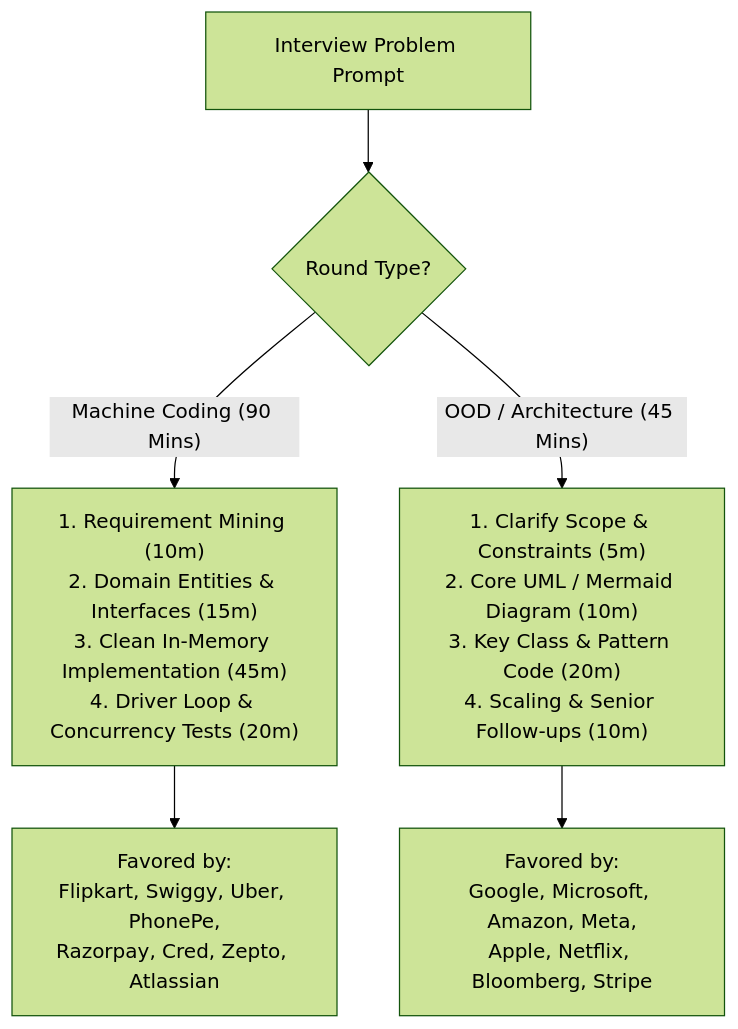
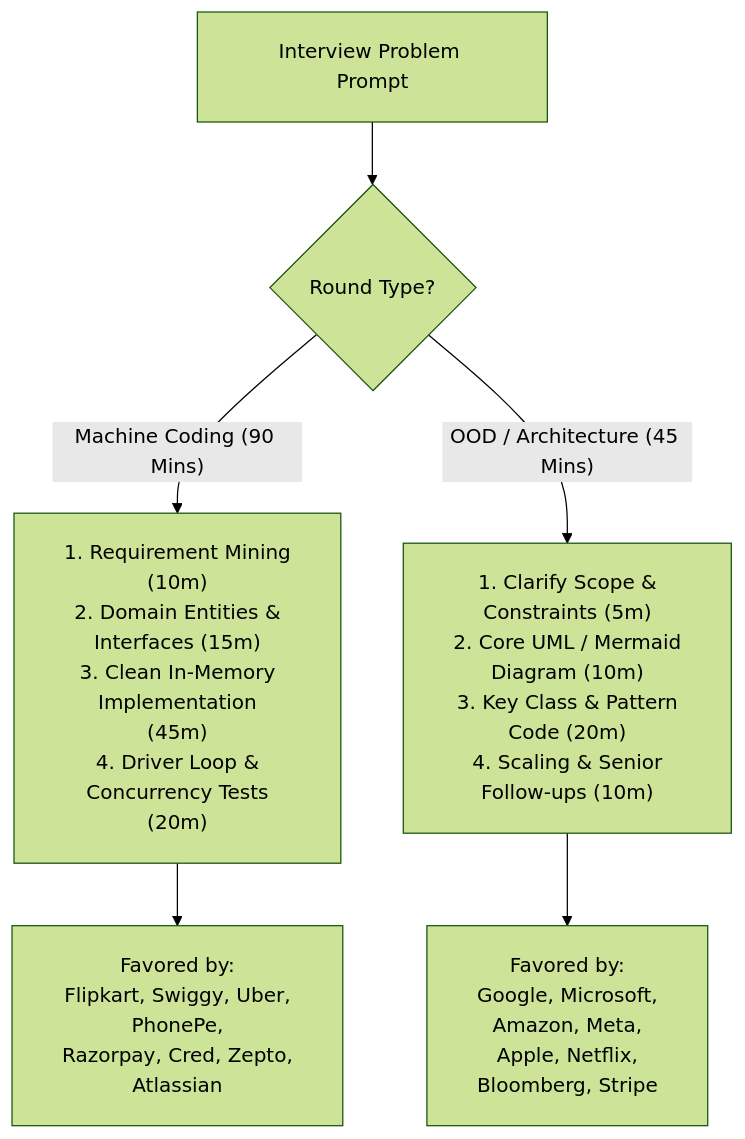
The diagram in LLD/00_Study_Plans/Top_30_Product_Companies_LLD_Interview_Guide.md (dip4k/DSA_102), drawn with Mermaid (forest theme) before and after one commit. The commit also changed 108 other files, not shown here.

First line of the commit message:
fix(mermaid): resolve diagram clipping, padding, and syntax issues across repo

````diff
--- a/LLD/00_Study_Plans/Top_30_Product_Companies_LLD_Interview_Guide.md
+++ b/LLD/00_Study_Plans/Top_30_Product_Companies_LLD_Interview_Guide.md
@@ -13,10 +13,11 @@
 ```mermaid
+%%{init: {"flowchart": {"htmlLabels": true, "padding": 20}}}%%
 flowchart TD
     Prompt["Interview Problem Prompt"] --> Format{"Round Type?"}
     
-    Format -->|"Machine Coding (90 Mins)"| MC["1. Requirement Mining (10m)<br/>2. Domain Entities & Interfaces (15m)<br/>3. Clean In-Memory Implementation (45m)<br/>4. Driver Loop & Concurrency Tests (20m)"]
-    Format -->|"OOD / Architecture (45 Mins)"| OOD["1. Clarify Scope & Constraints (5m)<br/>2. Core UML / Mermaid Diagram (10m)<br/>3. Key Class & Pattern Code (20m)<br/>4. Scaling & Senior Follow-ups (10m)"]
+    Format -->|"Machine Coding (90 Mins)"| MC["1. Requirement Mining<br/>(10m)<br/>2. Domain Entities &<br/>Interfaces (15m)<br/>3. Clean In-Memory<br/>Implementation<br/>(45m)<br/>4. Driver Loop &<br/>Concurrency Tests<br/>(20m)"]
+    Format -->|"OOD / Architecture (45 Mins)"| OOD["1. Clarify Scope &<br/>Constraints (5m)<br/>2. Core UML / Mermaid<br/>Diagram (10m)<br/>3. Key Class & Pattern<br/>Code (20m)<br/>4. Scaling & Senior<br/>Follow-ups (10m)"]
     
-    MC --> CompaniesMC["Favored by:<br/>Flipkart, Swiggy, Uber, PhonePe,<br/>Razorpay, Cred, Zepto, Atlassian"]
-    OOD --> CompaniesOOD["Favored by:<br/>Google, Microsoft, Amazon, Meta,<br/>Apple, Netflix, Bloomberg, Stripe"]
+    MC --> CompaniesMC["Favored by:<br/>Flipkart, Swiggy, Uber,<br/>PhonePe,<br/>Razorpay, Cred, Zepto,<br/>Atlassian"]
+    OOD --> CompaniesOOD["Favored by:<br/>Google, Microsoft,<br/>Amazon, Meta,<br/>Apple, Netflix,<br/>Bloomberg, Stripe"]
 ```
````
